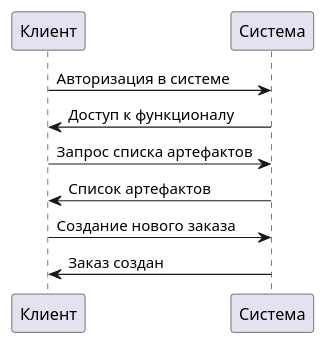
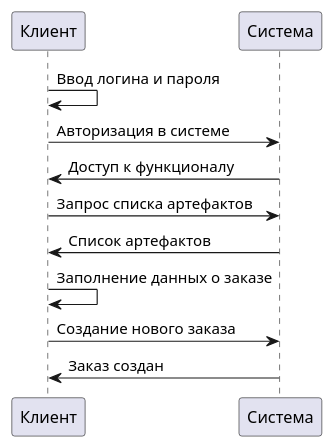
One commit to avdosev/itmo-software-diagrams changed the diagram in use-case-view/sequence_diagram_abstract.puml. Above: the diagram before and after it, drawn with PlantUML.

```diff
--- a/use-case-view/sequence_diagram_abstract.puml
+++ b/use-case-view/sequence_diagram_abstract.puml
@@ -2,11 +2,16 @@
 @startuml
+
+Клиент->Клиент: Ввод логина и пароля
+
 Клиент-> Система: Авторизация в системе
 Система-> Клиент: Доступ к функционалу
 
 Клиент-> Система: Запрос списка артефактов
 Система-> Клиент: Список артефактов
 
+Клиент -> Клиент: Заполнение данных о заказе
+
 Клиент -> Система: Создание нового заказа
 Система -> Клиент: Заказ создан
 
 @enduml
```
